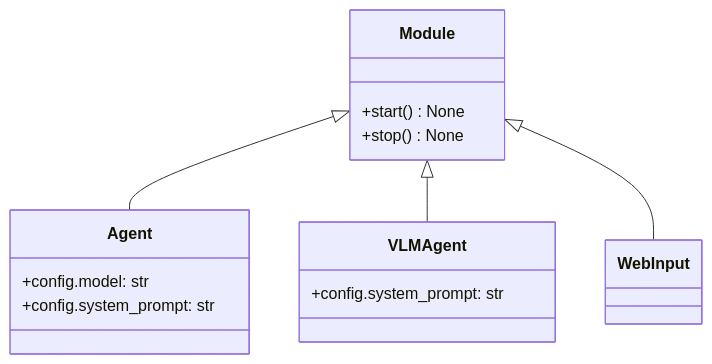
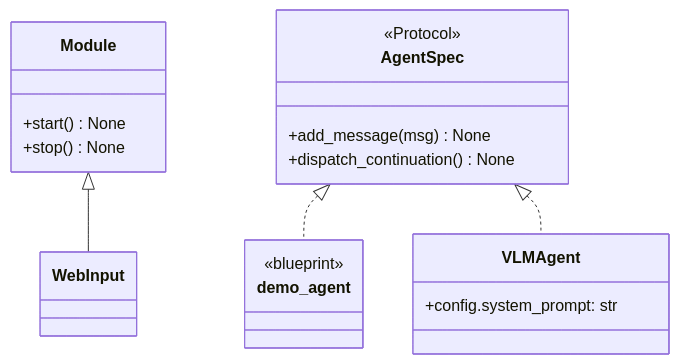
Before and after one commit to cpy1990/dimos: the fifth of 8 diagrams in docs/architecture/README.md, drawn with Mermaid. The commit also changed other lines of this file and 1 other file, not shown here.

First line of the commit message:
docs(architecture): batch C — AgentSpec Protocol + demo_agent + dual MCP blueprints + tool streams

````diff
--- a/docs/architecture/README.md
+++ b/docs/architecture/README.md
@@ -427,19 +429,23 @@
 ```mermaid
 classDiagram
   class Module {
     +start() None
     +stop() None
   }
-  class Agent {
-    +config.model: str
-    +config.system_prompt: str
+  class AgentSpec {
+    <<Protocol>>
+    +add_message(msg) None
+    +dispatch_continuation() None
+  }
+  class demo_agent {
+    <<blueprint>>
   }
   class VLMAgent {
     +config.system_prompt: str
   }
   class WebInput {
   }
-  Module <|-- Agent
-  Module <|-- VLMAgent
+  AgentSpec <|.. demo_agent
+  AgentSpec <|.. VLMAgent
   Module <|-- WebInput
 ```
````
